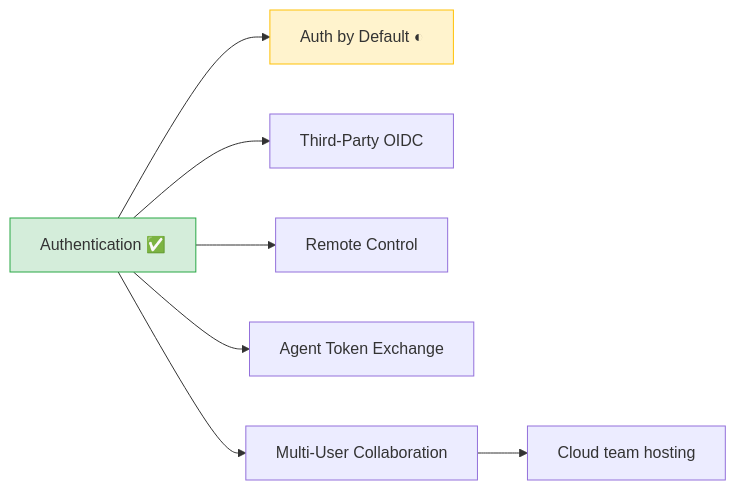
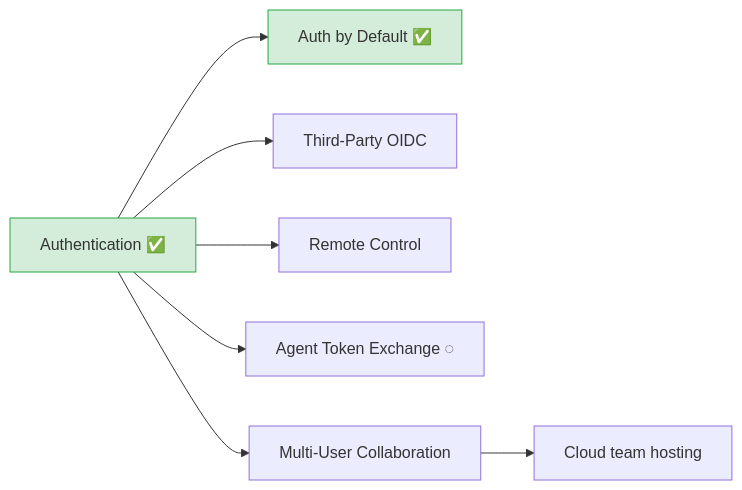
Before and after one commit to changkun/wallfacer: the first of 4 diagrams in specs/README.md, drawn with Mermaid. The commit also changed other lines of this file and 2 other files, not shown here.

First line of the commit message:
specs(identity): archive shipped auth-by-default, mark agent-token-exchange dormant

````diff
--- a/specs/README.md
+++ b/specs/README.md
@@ -85,12 +84,12 @@
 ```mermaid
 graph LR
-  AUTH[Authentication ✅] --> ABD[Auth by Default ◐]
+  AUTH[Authentication ✅] --> ABD[Auth by Default ✅]
   AUTH --> TPO[Third-Party OIDC]
   AUTH --> RC[Remote Control]
-  AUTH --> ATE[Agent Token Exchange]
+  AUTH --> ATE[Agent Token Exchange ◌]
   AUTH --> MUC[Multi-User Collaboration]
   MUC --> CH[Cloud team hosting]
 
   style AUTH fill:#d4edda,stroke:#28a745
-  style ABD fill:#fff3cd,stroke:#ffc107
+  style ABD fill:#d4edda,stroke:#28a745
 ```
````
